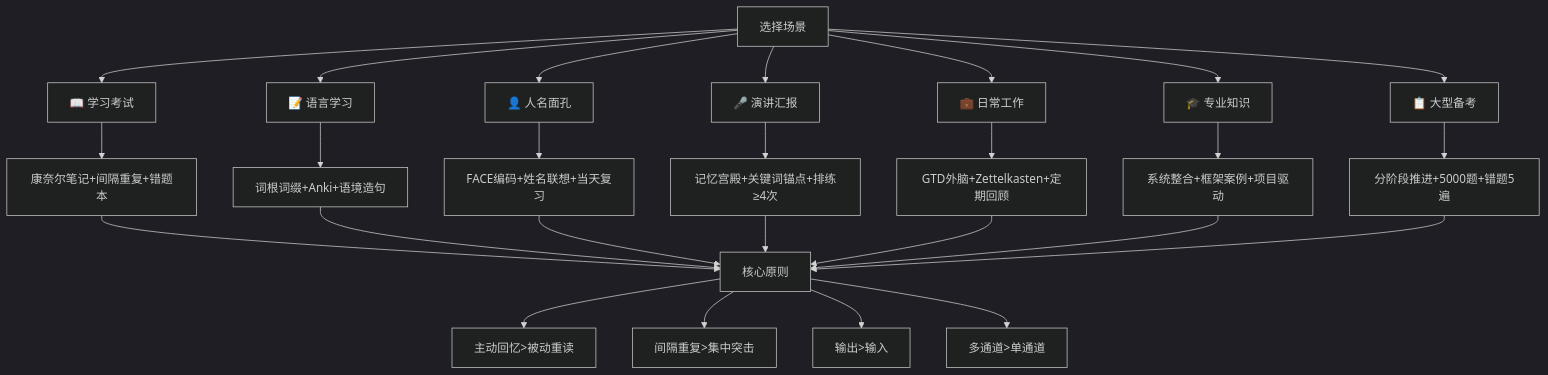
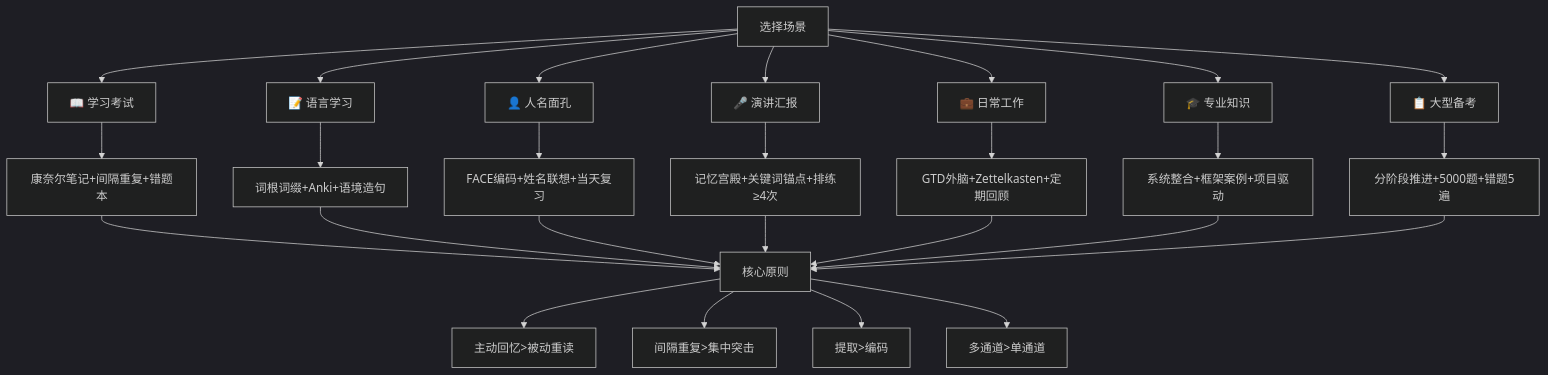
Before and after one commit to brother2050/memory-guide: the second of 2 diagrams in 04-实战应用场景.md, drawn with Mermaid (dark theme). The commit also changed other lines of this file and 297 other files, not shown here.

````diff
--- a/04-实战应用场景.md
+++ b/04-实战应用场景.md
@@ -91,31 +91,31 @@
 ```mermaid
 graph TD
     START["选择场景"] --> EXAM["📖 学习考试"]
     START --> LANG["📝 语言学习"]
     START --> NAME["👤 人名面孔"]
     START --> SPEECH["🎤 演讲汇报"]
     START --> WORK["💼 日常工作"]
     START --> PRO["🎓 专业知识"]
     START --> TEST["📋 大型备考"]
 
     EXAM --> E_METHOD["康奈尔笔记+间隔重复+错题本"]
     LANG --> L_METHOD["词根词缀+Anki+语境造句"]
     NAME --> N_METHOD["FACE编码+姓名联想+当天复习"]
     SPEECH --> S_METHOD["记忆宫殿+关键词锚点+排练≥4次"]
     WORK --> W_METHOD["GTD外脑+Zettelkasten+定期回顾"]
     PRO --> P_METHOD["系统整合+框架案例+项目驱动"]
     TEST --> T_METHOD["分阶段推进+5000题+错题5遍"]
 
     E_METHOD --> COMMON["核心原则"]
     L_METHOD --> COMMON
     N_METHOD --> COMMON
     S_METHOD --> COMMON
     W_METHOD --> COMMON
     P_METHOD --> COMMON
     T_METHOD --> COMMON
 
     COMMON --> C1["主动回忆>被动重读"]
     COMMON --> C2["间隔重复>集中突击"]
-    COMMON --> C3["输出>输入"]
+    COMMON --> C3["提取>编码"]
     COMMON --> C4["多通道>单通道"]
 ```
````
